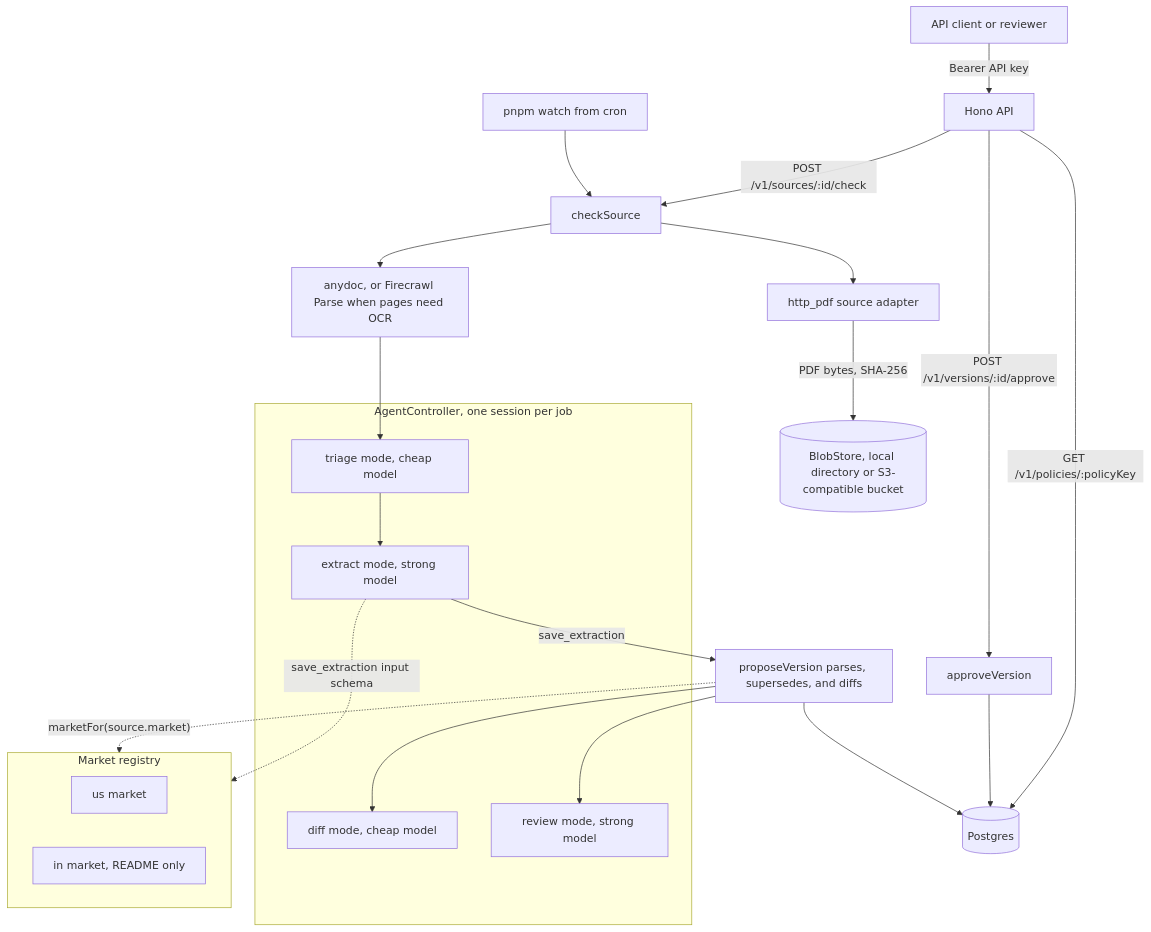
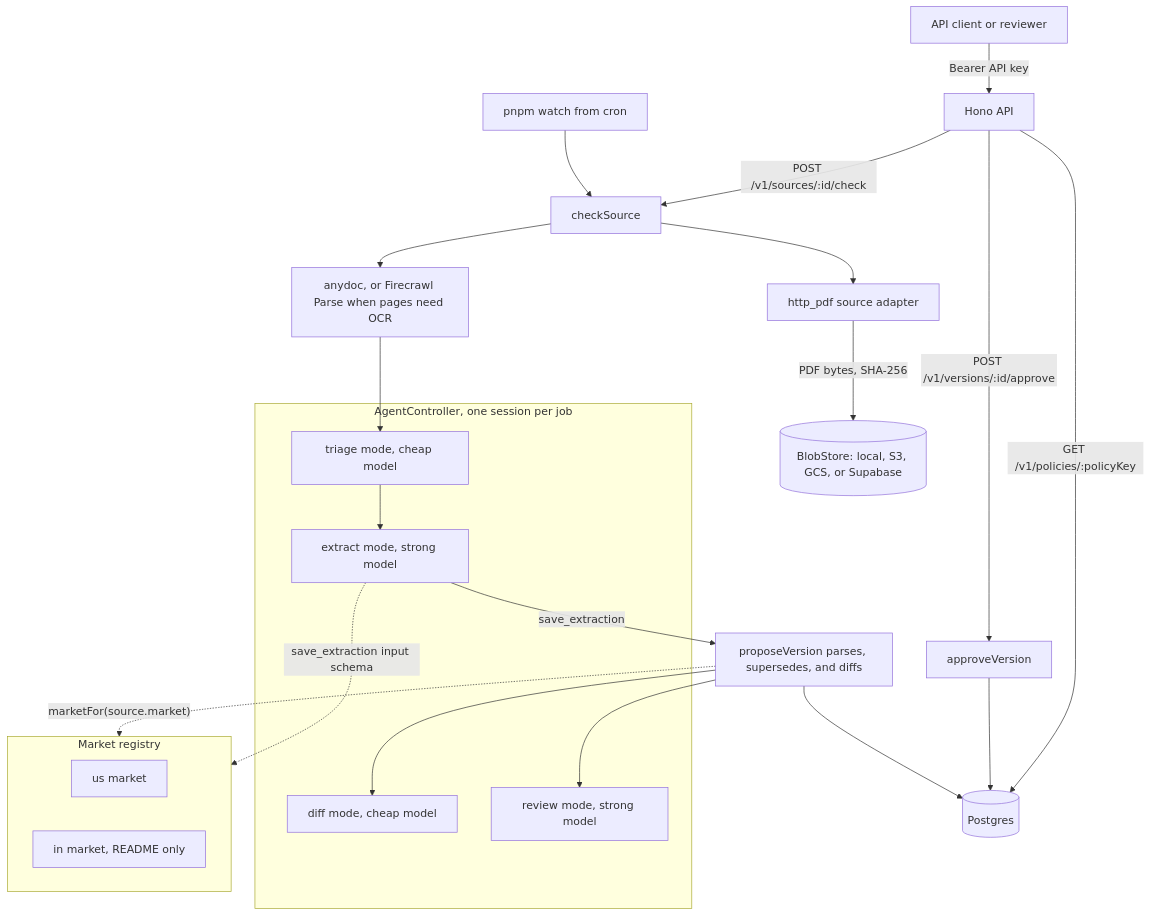
Before and after one commit to AmitMirgal/anumat: the diagram in README.md, drawn with Mermaid. The commit also changed other lines of this file and 21 other files, not shown here.

````diff
--- a/README.md
+++ b/README.md
@@ -332,28 +338,28 @@
 ```mermaid
 flowchart TD
   client["API client or reviewer"] -->|Bearer API key| api["Hono API"]
   cron["pnpm watch from cron"] --> check
   api -->|"POST /v1/sources/:id/check"| check["checkSource"]
   check --> adapter["http_pdf source adapter"]
-  adapter -->|"PDF bytes, SHA-256"| blobs[("BlobStore, local directory or S3-compatible bucket")]
+  adapter -->|"PDF bytes, SHA-256"| blobs[("BlobStore: local, S3, GCS, or Supabase")]
   check --> convert["anydoc, or Firecrawl Parse when pages need OCR"]
   convert --> triage
   subgraph agent["AgentController, one session per job"]
     triage["triage mode, cheap model"] --> extract["extract mode, strong model"]
     diffmode["diff mode, cheap model"]
     reviewmode["review mode, strong model"]
   end
   extract -->|save_extraction| propose["proposeVersion parses, supersedes, and diffs"]
   propose --> db[("Postgres")]
   propose --> diffmode
   propose --> reviewmode
   api -->|"POST /v1/versions/:id/approve"| approve["approveVersion"]
   approve --> db
   api -->|"GET /v1/policies/:policyKey"| db
   subgraph markets["Market registry"]
     us["us market"]
     india["in market, README only"]
   end
   propose -.->|"marketFor(source.market)"| markets
   extract -.->|"save_extraction input schema"| markets
 ```
````
